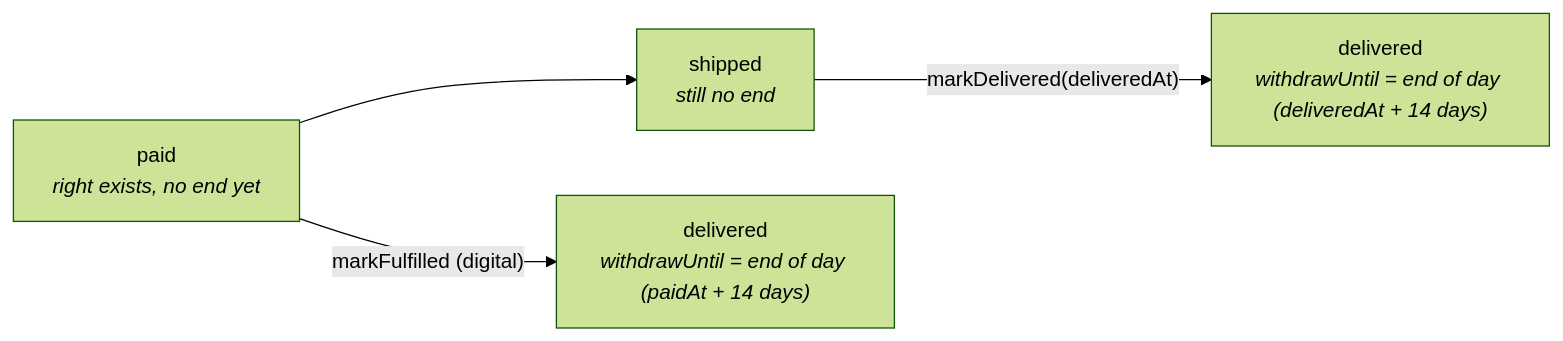
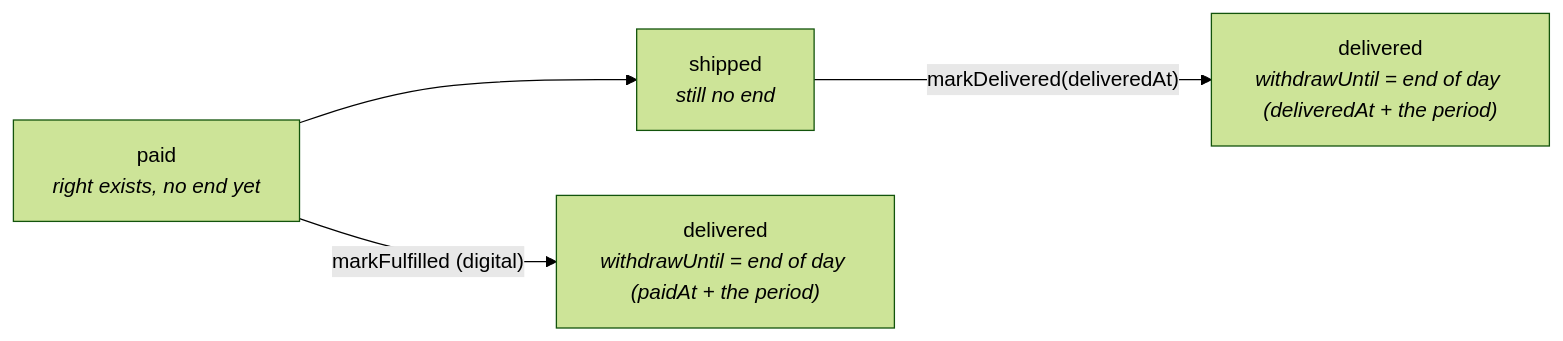
The third of 3 diagrams in docs/modules/orders.md (Guebbit/boilerplate-node-backend), drawn with Mermaid (forest theme) before and after one commit. The commit also changed other lines of this file and 11 other files, not shown here.

Commit message:
feat(orders): withdrawal period defaults to 30 days, minimum 21, so no holiday roll-over is needed

````diff
--- a/docs/modules/orders.md
+++ b/docs/modules/orders.md
@@ -225,6 +225,6 @@
 ```mermaid
 flowchart LR
     paid["paid<br/><i>right exists, no end yet</i>"] --> shipped["shipped<br/><i>still no end</i>"]
-    shipped -- "markDelivered(deliveredAt)" --> goods["delivered<br/><i>withdrawUntil = end of day (deliveredAt + 14 days)</i>"]
-    paid -- "markFulfilled (digital)" --> digital["delivered<br/><i>withdrawUntil = end of day (paidAt + 14 days)</i>"]
+    shipped -- "markDelivered(deliveredAt)" --> goods["delivered<br/><i>withdrawUntil = end of day (deliveredAt + the period)</i>"]
+    paid -- "markFulfilled (digital)" --> digital["delivered<br/><i>withdrawUntil = end of day (paidAt + the period)</i>"]
 ```
````
